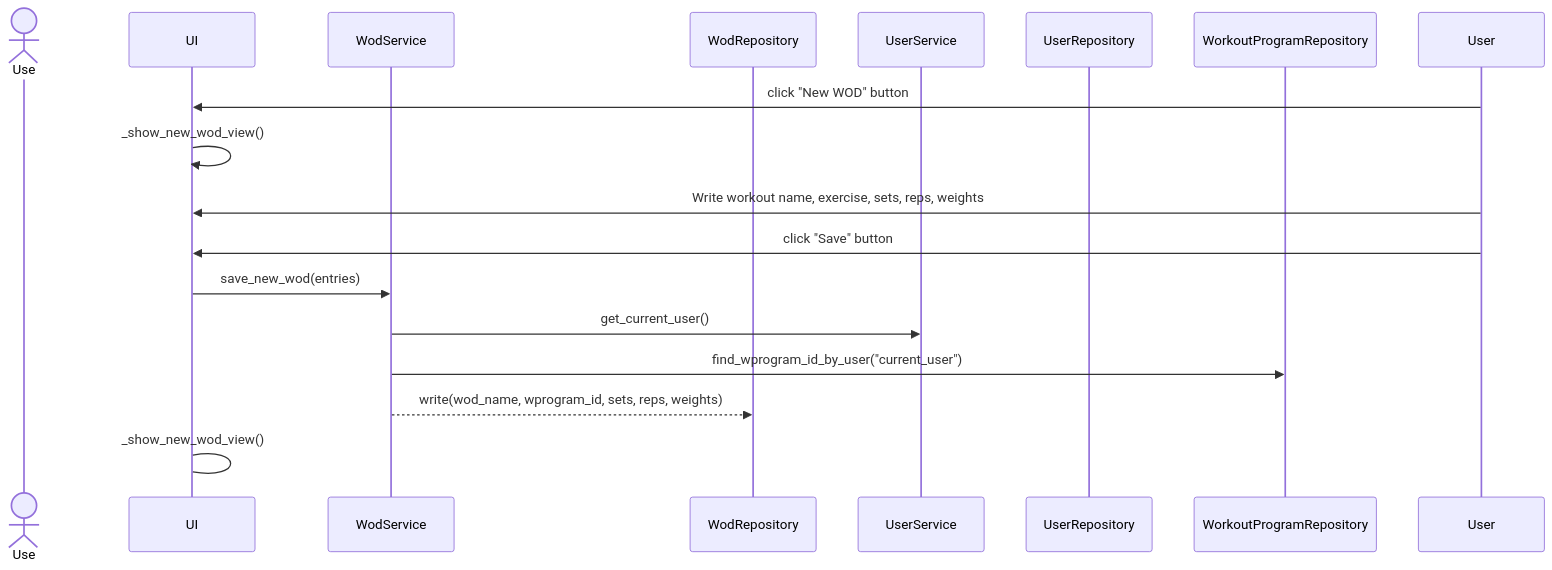
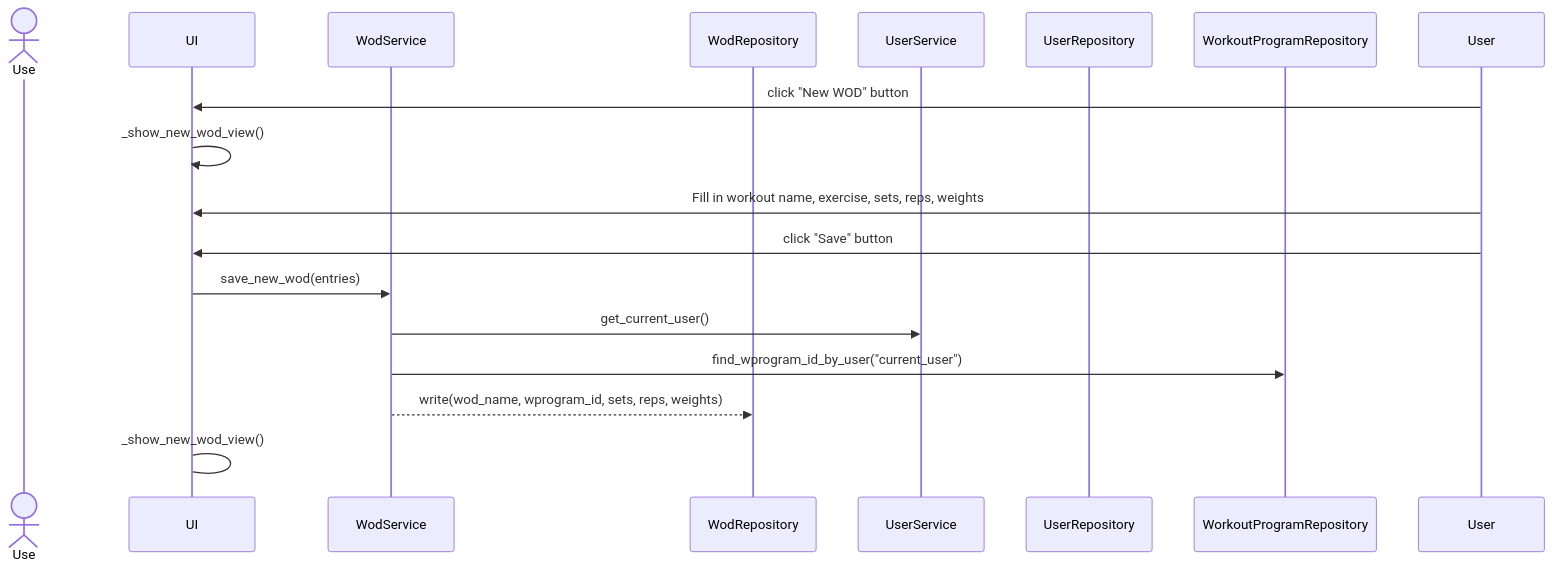
One commit to anjovir/ot-harjoitustyo changed the third of 3 diagrams in dokumentaatio/arkkitehtuuri.md. Above: the diagram before and after it, drawn with Mermaid.

Commit message:
Updated architecture

````diff
--- a/dokumentaatio/arkkitehtuuri.md
+++ b/dokumentaatio/arkkitehtuuri.md
@@ -67,19 +67,19 @@
 ```mermaid
 sequenceDiagram
   actor Use
   participant UI
   participant WodService
   participant WodRepository
   participant UserService
   participant UserRepository
   participant WorkoutProgramRepository
   User->>UI: click "New WOD" button
   UI->>UI: _show_new_wod_view()
-  User->>UI: Write workout name, exercise, sets, reps, weights
+  User->>UI: Fill in workout name, exercise, sets, reps, weights
   User->>UI: click "Save" button
   UI->>WodService: save_new_wod(entries)
   WodService->>UserService: get_current_user()
   WodService->>WorkoutProgramRepository: find_wprogram_id_by_user("current_user")
   WodService-->>WodRepository: write(wod_name, wprogram_id, sets, reps, weights)
   UI->UI: _show_new_wod_view()
   ```
````
